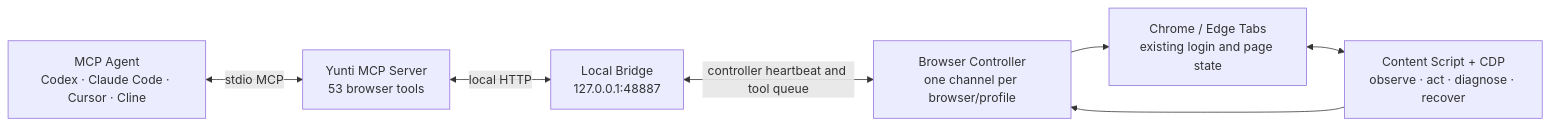
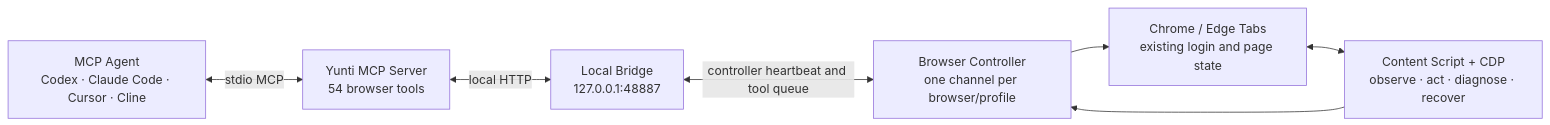
Before and after one commit to BoCodeLab/yunti-browser-runtime: the diagram in README.md, drawn with Mermaid. The commit also changed other lines of this file and 12 other files, not shown here.

````diff
--- a/README.md
+++ b/README.md
@@ -271,16 +271,16 @@
 ```mermaid
 flowchart LR
     A["MCP Agent<br/>Codex · Claude Code · Cursor · Cline"]
-    M["Yunti MCP Server<br/>53 browser tools"]
+    M["Yunti MCP Server<br/>54 browser tools"]
     B["Local Bridge<br/>127.0.0.1:48887"]
     C["Browser Controller<br/>one channel per browser/profile"]
     P["Chrome / Edge Tabs<br/>existing login and page state"]
     D["Content Script + CDP<br/>observe · act · diagnose · recover"]
 
     A <-->|stdio MCP| M
     M <-->|local HTTP| B
     B <-->|controller heartbeat and tool queue| C
     C --> P
     P <--> D
     D --> C
 ```
````
